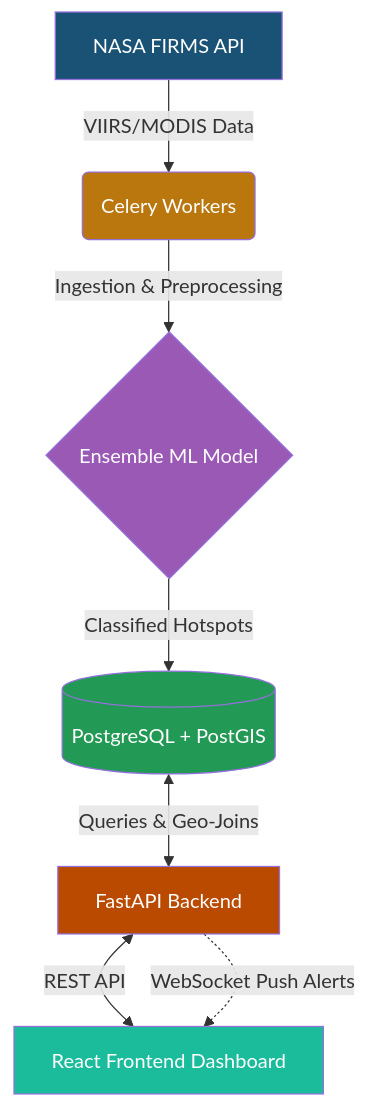
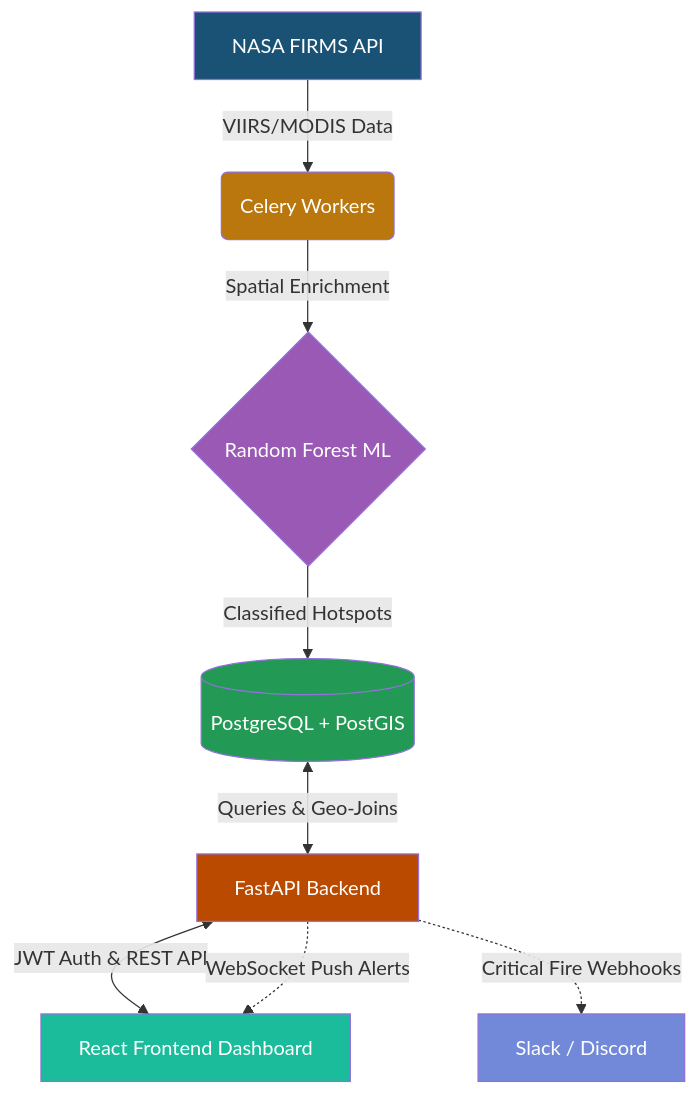
The diagram in README.md (suraj-codes-24/NASA-FIRMS), drawn with Mermaid before and after one commit. The commit also changed other lines of this file and 65 other files, not shown here.

Commit message:
feat: SIH Release - Auth, Webhooks, ML & Jury Setup

````diff
--- a/README.md
+++ b/README.md
@@ -54,18 +55,20 @@
 ```mermaid
 graph TD
     A[NASA FIRMS API] -->|VIIRS/MODIS Data| B(Celery Workers)
-    B -->|Ingestion & Preprocessing| C{Ensemble ML Model}
+    B -->|Spatial Enrichment| C{Random Forest ML}
     C -->|Classified Hotspots| D[(PostgreSQL + PostGIS)]
     
     D <-->|Queries & Geo-Joins| E[FastAPI Backend]
     
-    E <-->|REST API| F[React Frontend Dashboard]
+    E <-->|JWT Auth & REST API| F[React Frontend Dashboard]
     E -.->|WebSocket Push Alerts| F
+    E -.->|Critical Fire Webhooks| G[Slack / Discord]
     
     style A fill:#1a5276,color:#fff
     style B fill:#b9770e,color:#fff
     style C fill:#9b59b6,color:#fff
     style D fill:#229954,color:#fff
     style E fill:#ba4a00,color:#fff
     style F fill:#1abc9c,color:#fff
+    style G fill:#7289da,color:#fff
 ```
````
